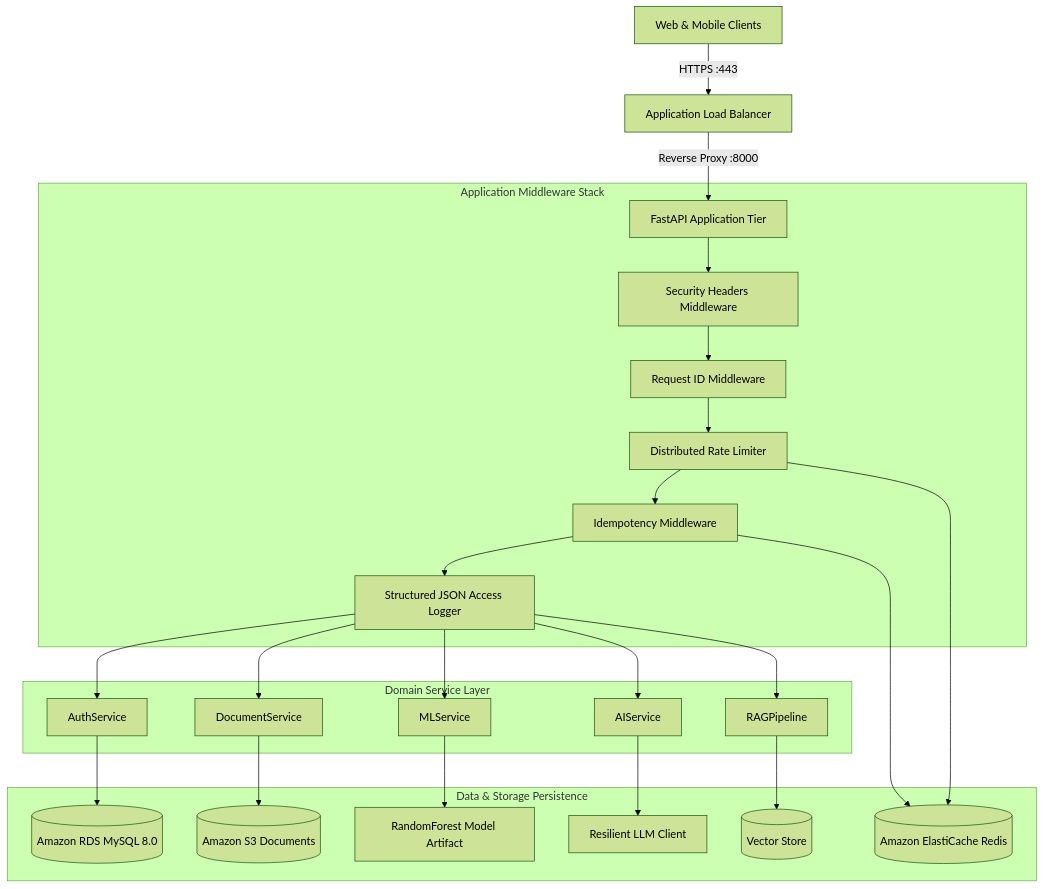
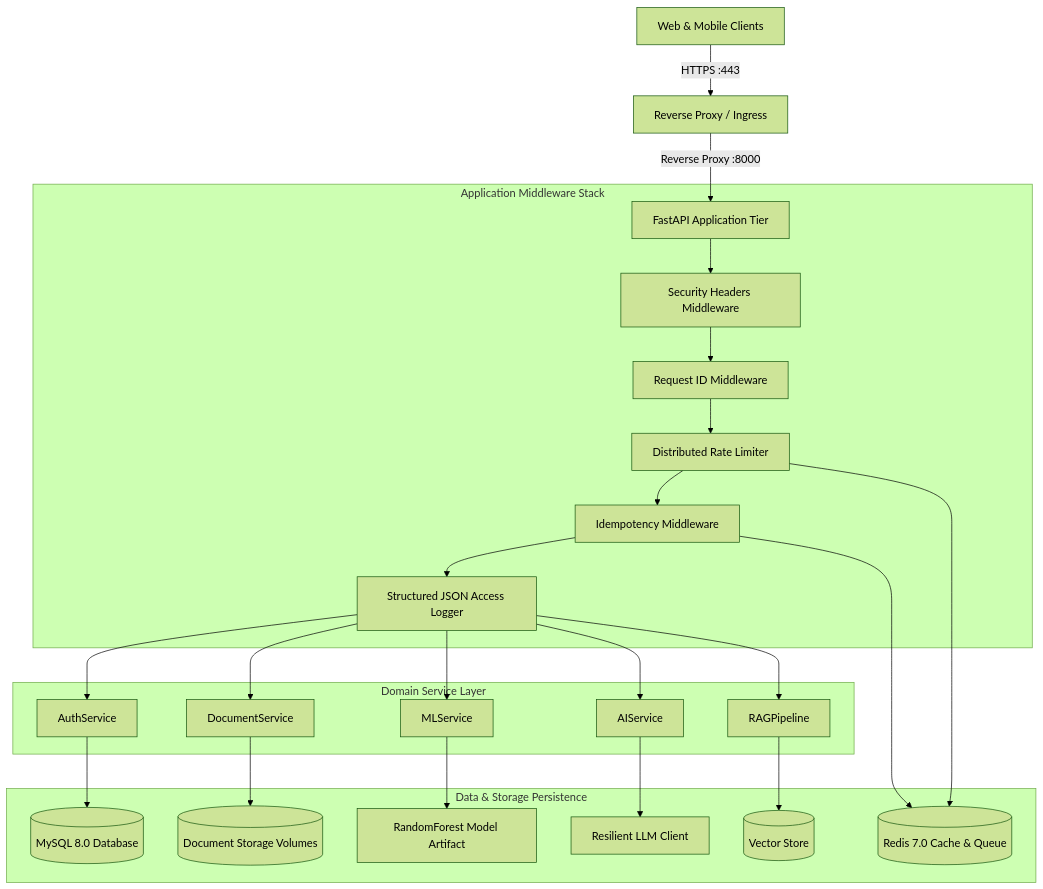
The diagram in docs/ARCHITECTURE.md (Raghu9855/CareerAi), drawn with Mermaid (forest theme) before and after one commit. The commit also changed other lines of this file and 50 other files, not shown here.

Commit message:
feat: redesign UI with Apple-inspired aesthetic and migrate storage to cloud-agnostic container architecture

````diff
--- a/docs/ARCHITECTURE.md
+++ b/docs/ARCHITECTURE.md
@@ -9,31 +9,31 @@
 ```mermaid
 graph TD
-    Client[Web & Mobile Clients] -->|HTTPS :443| ALB[Application Load Balancer]
-    ALB -->|Reverse Proxy :8000| FastAPI[FastAPI Application Tier]
+    Client[Web & Mobile Clients] -->|HTTPS :443| LB[Reverse Proxy / Ingress]
+    LB -->|Reverse Proxy :8000| FastAPI[FastAPI Application Tier]
 
     subgraph "Application Middleware Stack"
         FastAPI --> SecHead[Security Headers Middleware]
         SecHead --> ReqID[Request ID Middleware]
         ReqID --> RateLim[Distributed Rate Limiter]
         RateLim --> Idemp[Idempotency Middleware]
         Idemp --> AccessLog[Structured JSON Access Logger]
     end
 
     subgraph "Domain Service Layer"
         AccessLog --> AuthSvc[AuthService]
         AccessLog --> DocSvc[DocumentService]
         AccessLog --> MLSvc[MLService]
         AccessLog --> AISvc[AIService]
         AccessLog --> RAGSvc[RAGPipeline]
     end
 
     subgraph "Data & Storage Persistence"
-        AuthSvc --> MySQL[(Amazon RDS MySQL 8.0)]
-        DocSvc --> S3[(Amazon S3 Documents)]
+        AuthSvc --> MySQL[(MySQL 8.0 Database)]
+        DocSvc --> Storage[(Document Storage Volumes)]
         MLSvc --> MLModel[RandomForest Model Artifact]
         AISvc --> LLM[Resilient LLM Client]
         RAGSvc --> VecStore[(Vector Store)]
-        RateLim --> Redis[(Amazon ElastiCache Redis)]
+        RateLim --> Redis[(Redis 7.0 Cache & Queue)]
         Idemp --> Redis
     end
 ```
````
